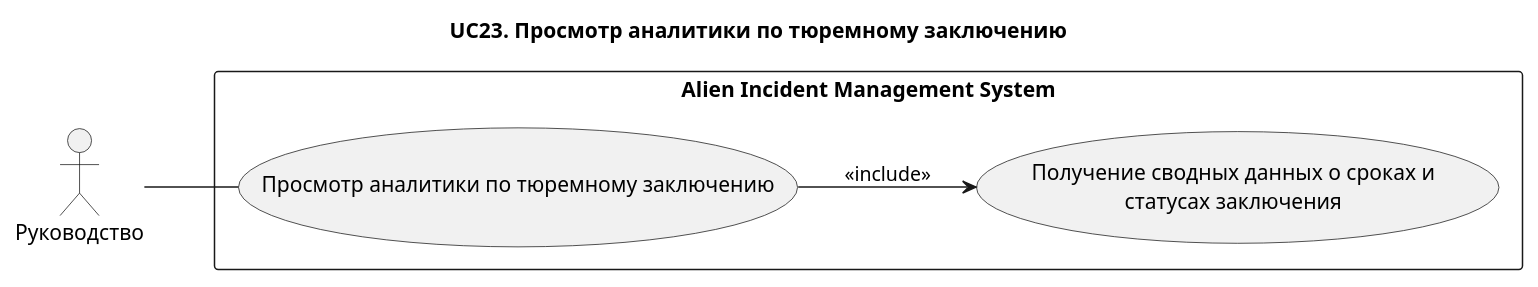
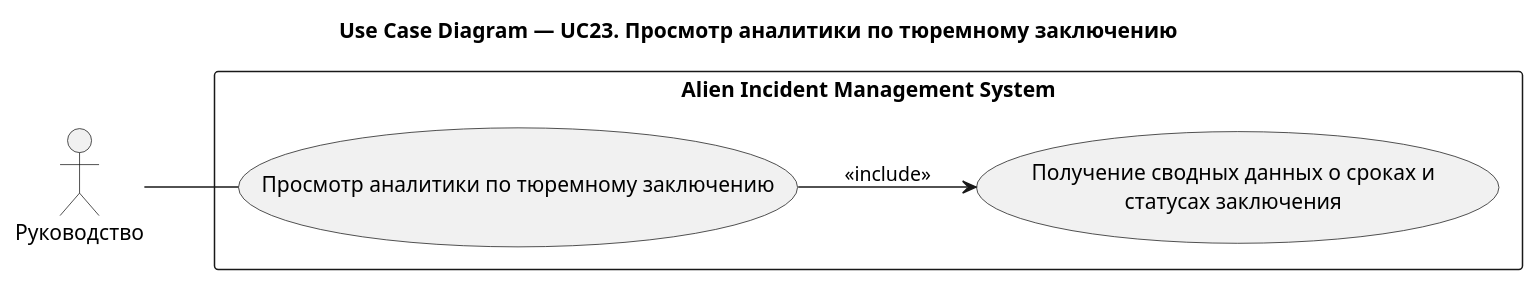
Before and after one commit to Andryss/AIMS: the diagram in docs/use-case/UC23.md, drawn with PlantUML. The commit also changed 31 other files, not shown here.

````diff
--- a/docs/use-case/UC23.md
+++ b/docs/use-case/UC23.md
@@ -5,21 +5,21 @@
 ```plantuml
 @startuml
-title UC23. Просмотр аналитики по тюремному заключению
+title Use Case Diagram — UC23. Просмотр аналитики по тюремному заключению
 left to right direction
 
 actor "Руководство" as Management
 
 rectangle "Alien Incident Management System" {
 
 (Просмотр аналитики по тюремному заключению) as UC11
 
 (Получение сводных данных о сроках и\nстатусах заключения) as UC113
 
 }
 
 Management -- UC11
 
 UC11 --> UC113 : <<include>>
 
 @enduml
 ```
````
